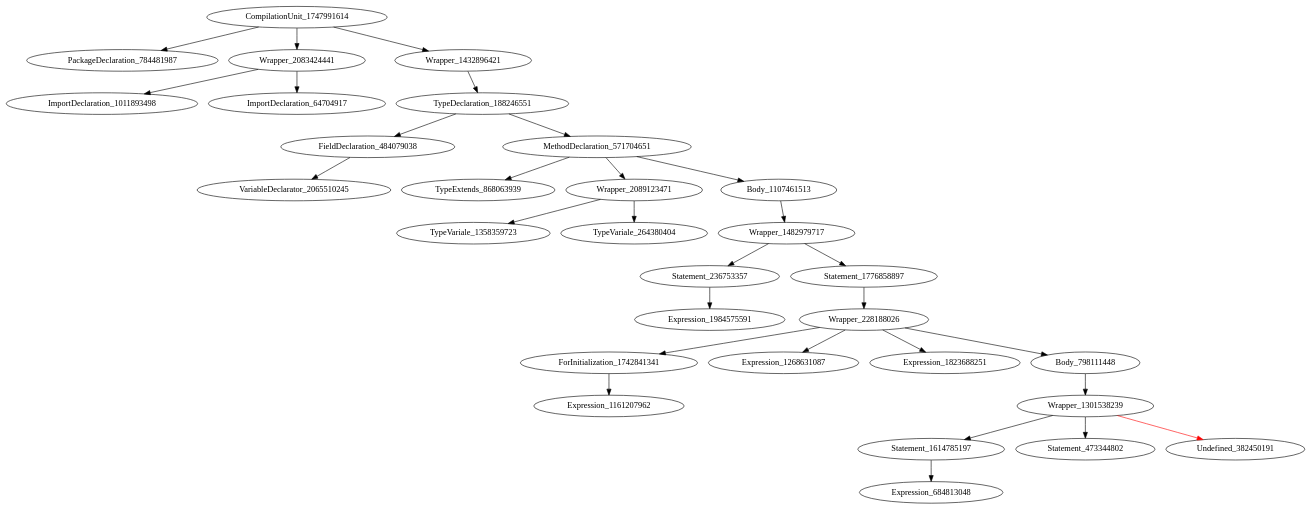
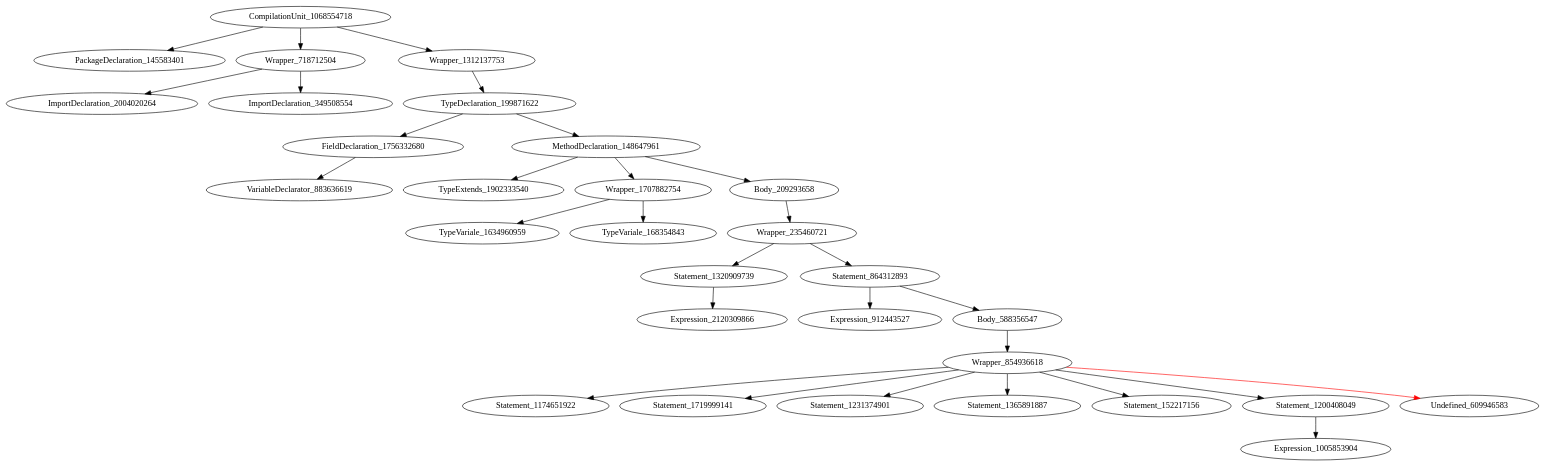
One commit to icse2023material/VoiceJava changed the diagram in holeAST.dot. Above: the diagram before and after it, drawn with Graphviz. The commit also changed 5 other files, not shown here.

```diff
--- a/holeAST.dot
+++ b/holeAST.dot
@@ -1,31 +1,31 @@
 digraph {
-CompilationUnit_1747991614 -> PackageDeclaration_784481987
-CompilationUnit_1747991614 -> Wrapper_2083424441
-CompilationUnit_1747991614 -> Wrapper_1432896421
-Wrapper_2083424441 -> ImportDeclaration_1011893498
-Wrapper_2083424441 -> ImportDeclaration_64704917
-Wrapper_1432896421 -> TypeDeclaration_188246551
-TypeDeclaration_188246551 -> FieldDeclaration_484079038
-TypeDeclaration_188246551 -> MethodDeclaration_571704651
-FieldDeclaration_484079038 -> VariableDeclarator_2065510245
-MethodDeclaration_571704651 -> TypeExtends_868063939
-MethodDeclaration_571704651 -> Wrapper_2089123471
-MethodDeclaration_571704651 -> Body_1107461513
-Wrapper_2089123471 -> TypeVariale_1358359723
-Wrapper_2089123471 -> TypeVariale_264380404
-Body_1107461513 -> Wrapper_1482979717
-Wrapper_1482979717 -> Statement_236753357
-Wrapper_1482979717 -> Statement_1776858897
-Statement_236753357 -> Expression_1984575591
-Statement_1776858897 -> Wrapper_228188026
-Wrapper_228188026 -> ForInitialization_1742841341
-Wrapper_228188026 -> Expression_1268631087
-Wrapper_228188026 -> Expression_1823688251
-Wrapper_228188026 -> Body_798111448
-ForInitialization_1742841341 -> Expression_1161207962
-Body_798111448 -> Wrapper_1301538239
-Wrapper_1301538239 -> Statement_1614785197
-Wrapper_1301538239 -> Statement_473344802
-Wrapper_1301538239 -> Undefined_382450191 [color = red] 
-Statement_1614785197 -> Expression_684813048
+CompilationUnit_1068554718 -> PackageDeclaration_145583401
+CompilationUnit_1068554718 -> Wrapper_718712504
+CompilationUnit_1068554718 -> Wrapper_1312137753
+Wrapper_718712504 -> ImportDeclaration_2004020264
+Wrapper_718712504 -> ImportDeclaration_349508554
+Wrapper_1312137753 -> TypeDeclaration_199871622
+TypeDeclaration_199871622 -> FieldDeclaration_1756332680
+TypeDeclaration_199871622 -> MethodDeclaration_148647961
+FieldDeclaration_1756332680 -> VariableDeclarator_883636619
+MethodDeclaration_148647961 -> TypeExtends_1902333540
+MethodDeclaration_148647961 -> Wrapper_1707882754
+MethodDeclaration_148647961 -> Body_209293658
+Wrapper_1707882754 -> TypeVariale_1634960959
+Wrapper_1707882754 -> TypeVariale_168354843
+Body_209293658 -> Wrapper_235460721
+Wrapper_235460721 -> Statement_1320909739
+Wrapper_235460721 -> Statement_864312893
+Statement_1320909739 -> Expression_2120309866
+Statement_864312893 -> Expression_912443527
+Statement_864312893 -> Body_588356547
+Body_588356547 -> Wrapper_854936618
+Wrapper_854936618 -> Statement_1174651922
+Wrapper_854936618 -> Statement_1719999141
+Wrapper_854936618 -> Statement_1231374901
+Wrapper_854936618 -> Statement_1365891887
+Wrapper_854936618 -> Statement_152217156
+Wrapper_854936618 -> Statement_1200408049
+Wrapper_854936618 -> Undefined_609946583 [color = red] 
+Statement_1200408049 -> Expression_1005853904
 }
```
